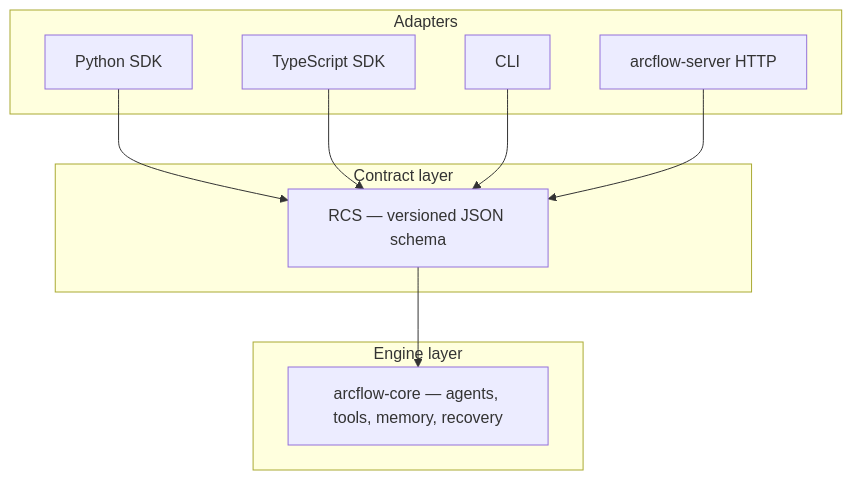
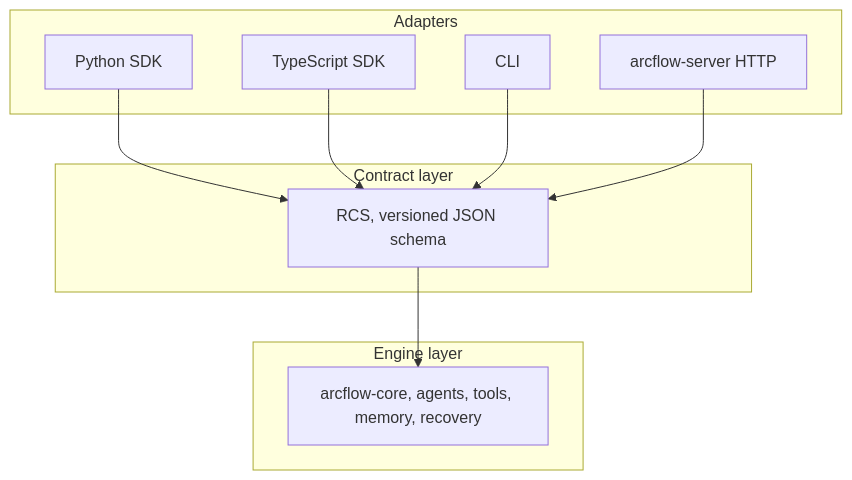
One commit to isonlycoolie/ArcFlow changed the diagram in README.md. Above: the diagram before and after it, drawn with Mermaid. The commit also changed other lines of this file and 23 other files, not shown here.

````diff
--- a/README.md
+++ b/README.md
@@ -139,20 +139,20 @@
 ```mermaid
 flowchart TB
   subgraph adapters [Adapters]
     py[Python SDK]
     ts[TypeScript SDK]
     cli[CLI]
     http[arcflow-server HTTP]
   end
   subgraph contract [Contract layer]
-    rcs[RCS — versioned JSON schema]
+    rcs[RCS, versioned JSON schema]
   end
   subgraph engine [Engine layer]
-    core[arcflow-core — agents, tools, memory, recovery]
+    core[arcflow-core, agents, tools, memory, recovery]
   end
   py --> rcs
   ts --> rcs
   cli --> rcs
   http --> rcs
   rcs --> core
 ```
````
